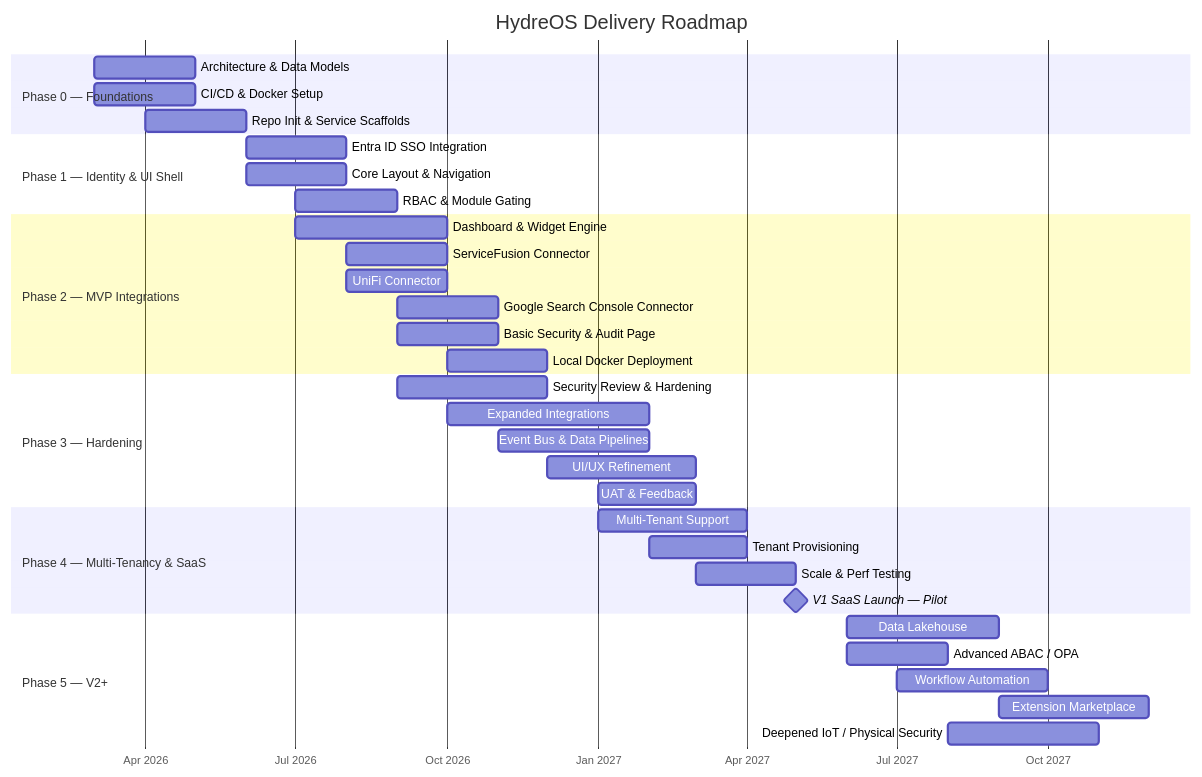
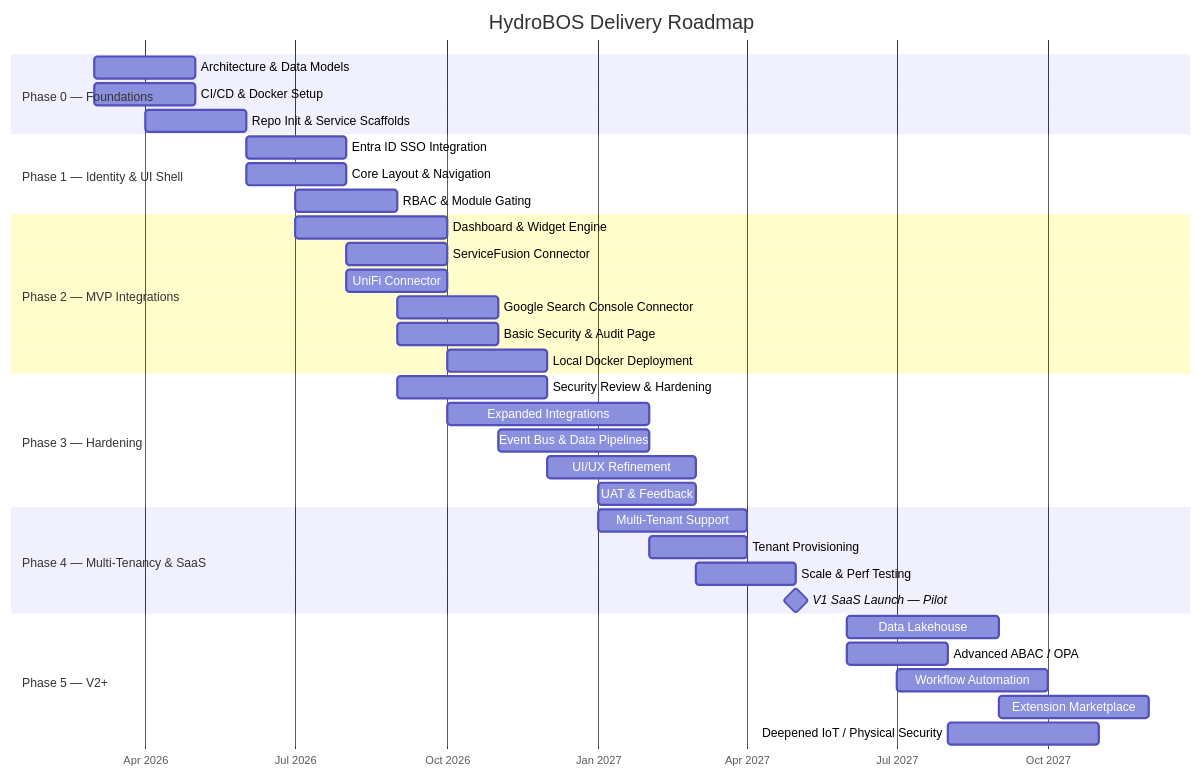
The first of 5 diagrams in docs/10-roadmap.md (jrobinson-utahmmc/hydrobos), drawn with Mermaid before and after one commit. The commit also changed other lines of this file and 11 other files, not shown here.

````diff
--- a/docs/10-roadmap.md
+++ b/docs/10-roadmap.md
@@ -7,44 +7,44 @@
 ```mermaid
 gantt
-    title HydreOS Delivery Roadmap
+    title HydroBOS Delivery Roadmap
     dateFormat YYYY-MM
     axisFormat %b %Y
 
     section Phase 0 — Foundations
     Architecture & Data Models       :p0a, 2026-03, 2026-05
     CI/CD & Docker Setup             :p0b, 2026-03, 2026-05
     Repo Init & Service Scaffolds    :p0c, 2026-04, 2026-06
 
     section Phase 1 — Identity & UI Shell
     Entra ID SSO Integration         :p1a, 2026-06, 2026-08
     Core Layout & Navigation         :p1b, 2026-06, 2026-08
     RBAC & Module Gating             :p1c, 2026-07, 2026-09
 
     section Phase 2 — MVP Integrations
     Dashboard & Widget Engine        :p2a, 2026-07, 2026-10
     ServiceFusion Connector          :p2b, 2026-08, 2026-10
     UniFi Connector                  :p2c, 2026-08, 2026-10
     Google Search Console Connector  :p2d, 2026-09, 2026-11
     Basic Security & Audit Page      :p2e, 2026-09, 2026-11
     Local Docker Deployment          :p2f, 2026-10, 2026-12
 
     section Phase 3 — Hardening
     Security Review & Hardening      :p3a, 2026-09, 2026-12
     Expanded Integrations            :p3b, 2026-10, 2027-02
     Event Bus & Data Pipelines       :p3c, 2026-11, 2027-02
     UI/UX Refinement                 :p3d, 2026-12, 2027-03
     UAT & Feedback                   :p3e, 2027-01, 2027-03
 
     section Phase 4 — Multi-Tenancy & SaaS
     Multi-Tenant Support             :p4a, 2027-01, 2027-04
     Tenant Provisioning              :p4b, 2027-02, 2027-04
     Scale & Perf Testing             :p4c, 2027-03, 2027-05
     V1 SaaS Launch — Pilot           :milestone, p4d, 2027-05, 0d
 
     section Phase 5 — V2+
     Data Lakehouse                   :p5a, 2027-06, 2027-09
     Advanced ABAC / OPA              :p5b, 2027-06, 2027-08
     Workflow Automation              :p5c, 2027-07, 2027-10
     Extension Marketplace            :p5d, 2027-09, 2027-12
     Deepened IoT / Physical Security :p5e, 2027-08, 2027-11
 ```
````
